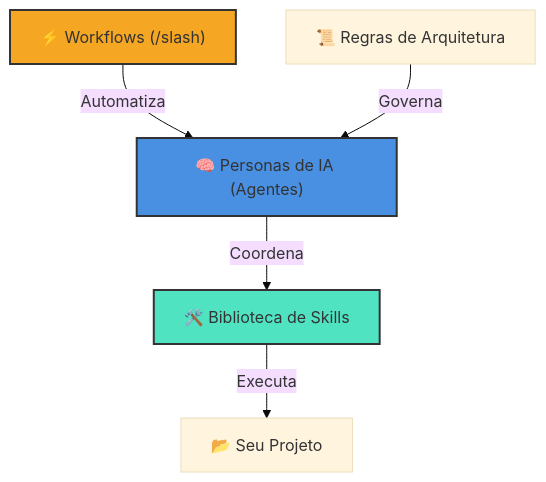
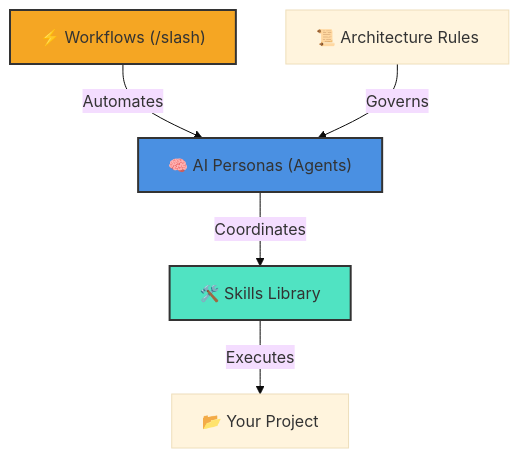
Before and after one commit to rmmeurer/antigravity-fullkit: the diagram in README.md, drawn with Mermaid (base theme). The commit also changed other lines of this file and 3 other files, not shown here.

````diff
--- a/README.md
+++ b/README.md
@@ -9,10 +9,10 @@
 ```mermaid
 graph TD
-    A["🧠 Personas de IA (Agentes)"] -->|Coordena| B["🛠️ Biblioteca de Skills"]
-    B -->|Executa| C["📂 Seu Projeto"]
-    D["⚡ Workflows (/slash)"] -->|Automatiza| A
-    E["📜 Regras de Arquitetura"] -->|Governa| A
+    A["🧠 AI Personas (Agents)"] -->|Coordinates| B["🛠️ Skills Library"]
+    B -->|Executes| C["📂 Your Project"]
+    D["⚡ Workflows (/slash)"] -->|Automates| A
+    E["📜 Architecture Rules"] -->|Governs| A
     style A fill:#4a90e2,stroke:#333,stroke-width:2px
     style B fill:#50e3c2,stroke:#333,stroke-width:2px
     style D fill:#f5a623,stroke:#333,stroke-width:2px
 ```
````
